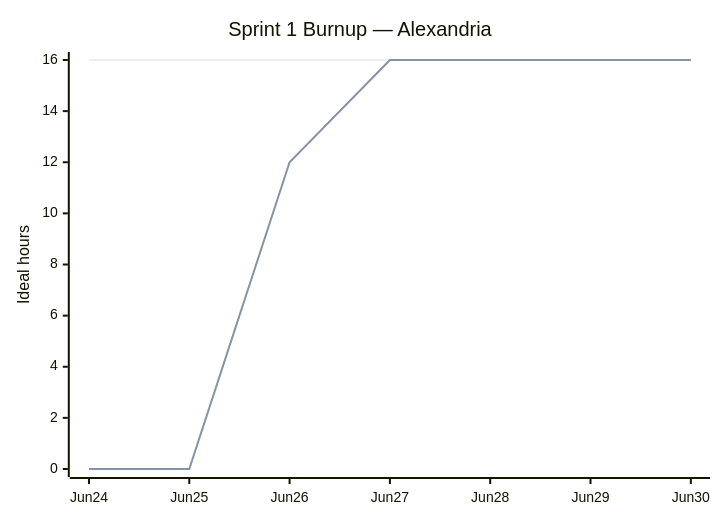
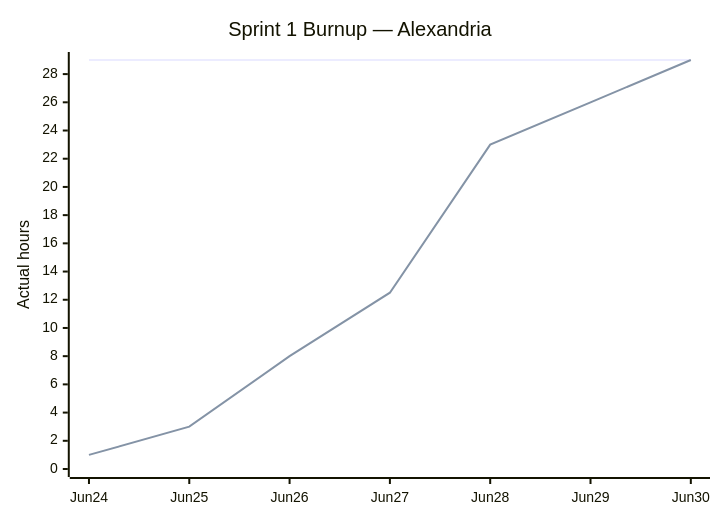
Before and after one commit to ucsc-cse115a-alexandria/alexandria: the diagram in docs/sprint-1-report.md, drawn with Mermaid. The commit also changed other lines of this file and 6 other files, not shown here.

Commit message:
docs: update Sprint 1 and Sprint 2 reports with actual hours and add Sprint 3 plan details

````diff
--- a/docs/sprint-1-report.md
+++ b/docs/sprint-1-report.md
@@ -48,8 +63,8 @@
 ```mermaid
 xychart-beta
     title "Sprint 1 Burnup — Alexandria"
     x-axis [Jun24, Jun25, Jun26, Jun27, Jun28, Jun29, Jun30]
-    y-axis "Ideal hours" 0 --> 16
-    line [16, 16, 16, 16, 16, 16, 16]
-    line [0, 0, 12, 16, 16, 16, 16]
+    y-axis "Actual hours" 0 --> 29
+    line [29, 29, 29, 29, 29, 29, 29]
+    line [1, 3, 8, 12.5, 23, 26, 29]
 ```
````
